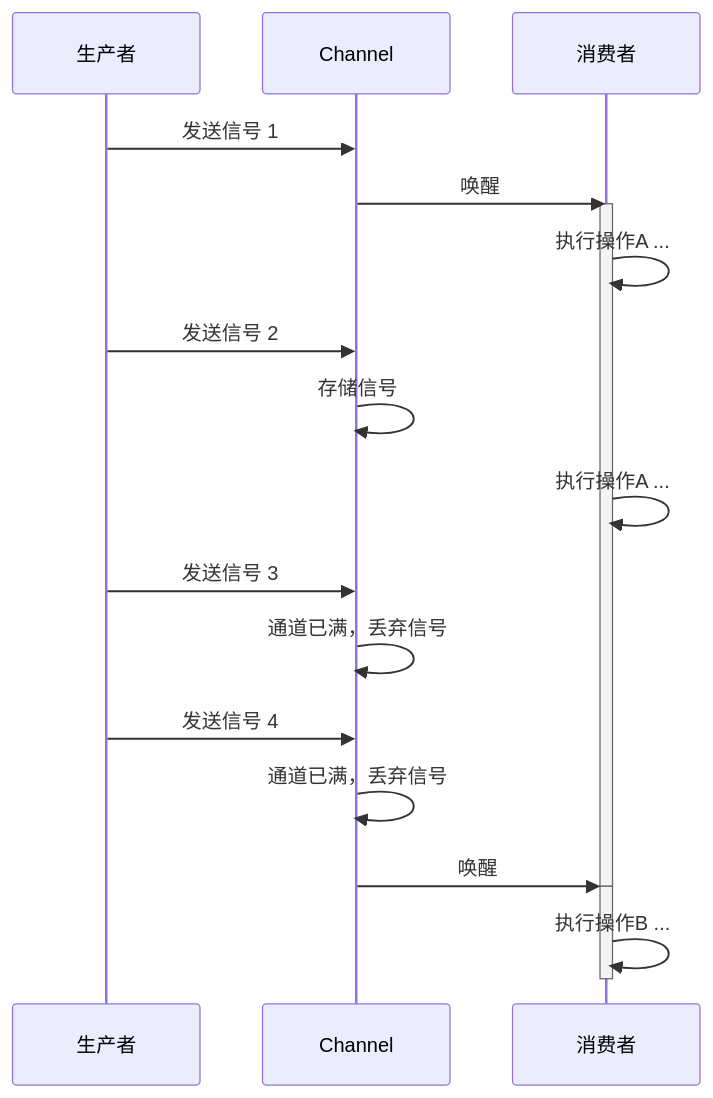
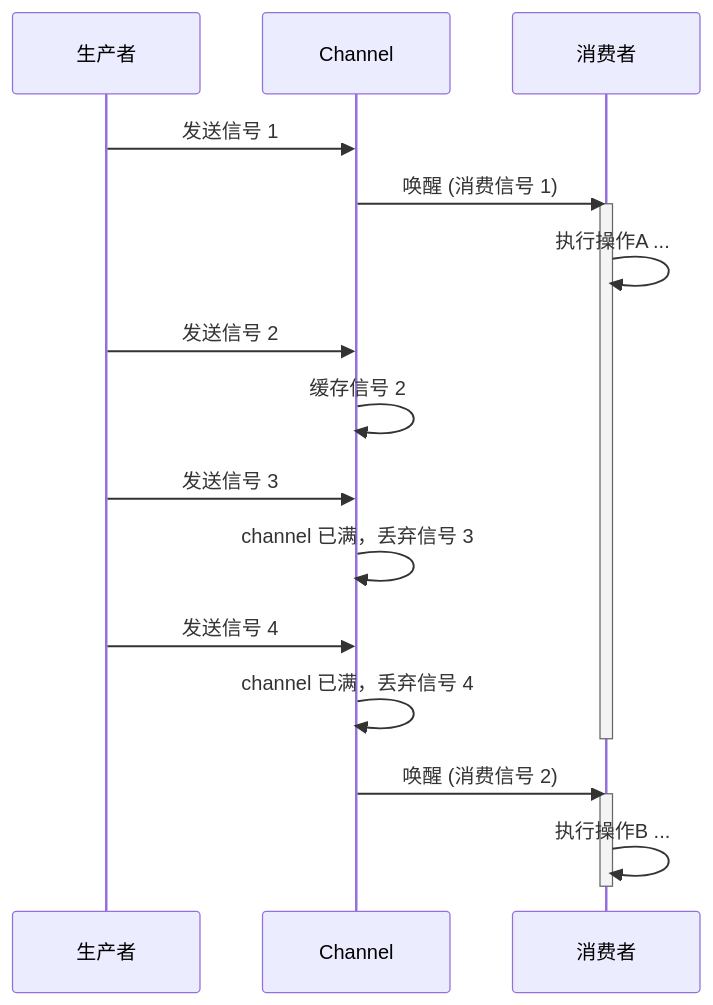
Before and after one commit to AOisUsed/mitDistroSys26: the second of 2 diagrams in docs/DESIGN.md, drawn with Mermaid. The commit also changed other lines of this file and 5 other files, not shown here.

````diff
--- a/docs/DESIGN.md
+++ b/docs/DESIGN.md
@@ -85,30 +161,29 @@
-    ``` mermaid
-    sequenceDiagram
-    participant a as 生产者
-    participant b as Channel
-    participant c as 消费者
-    
-    
-    a->>b:发送信号 1
-    b->>c:唤醒
-    
-    activate c
-    c->>c:执行操作A ...
-    
-    a->>b:发送信号 2
-    b->>b:存储信号
-    
-    c->>c:执行操作A ...
-    
-    a->>b:发送信号 3
-    b->>b:通道已满，丢弃信号
-    
-    a->>b:发送信号 4
-    b->>b:通道已满，丢弃信号
-    
-    b->>c:唤醒
-    deactivate c
-    activate c
-    c->>c:执行操作B ...
-    deactivate c
-    ```
+``` mermaid
+sequenceDiagram
+participant a as 生产者
+participant b as Channel
+participant c as 消费者
+
+
+a->>b:发送信号 1
+b->>c:唤醒 (消费信号 1)
+
+activate c
+c->>c:执行操作A ...
+
+a->>b:发送信号 2
+b->>b:缓存信号 2
+
+
+a->>b:发送信号 3
+b->>b:channel 已满，丢弃信号 3
+
+a->>b:发送信号 4
+b->>b:channel 已满，丢弃信号 4
+
+deactivate c
+b->>c:唤醒 (消费信号 2)
+activate c
+c->>c:执行操作B ...
+deactivate c
+```
````
